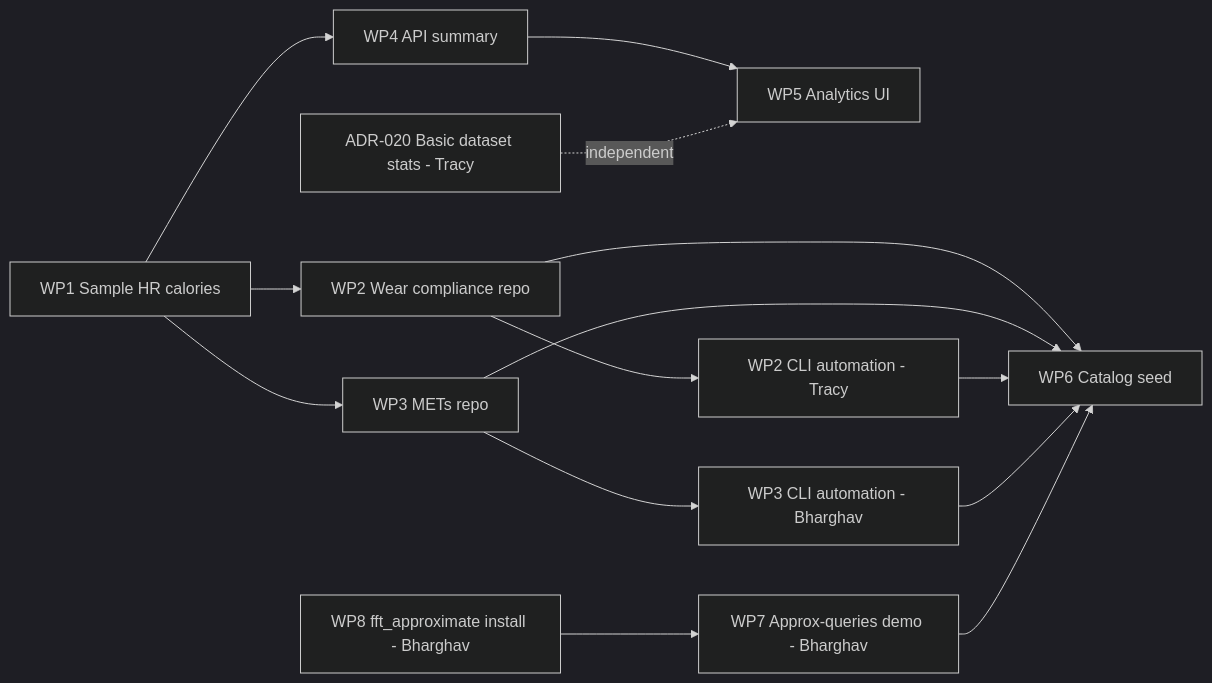
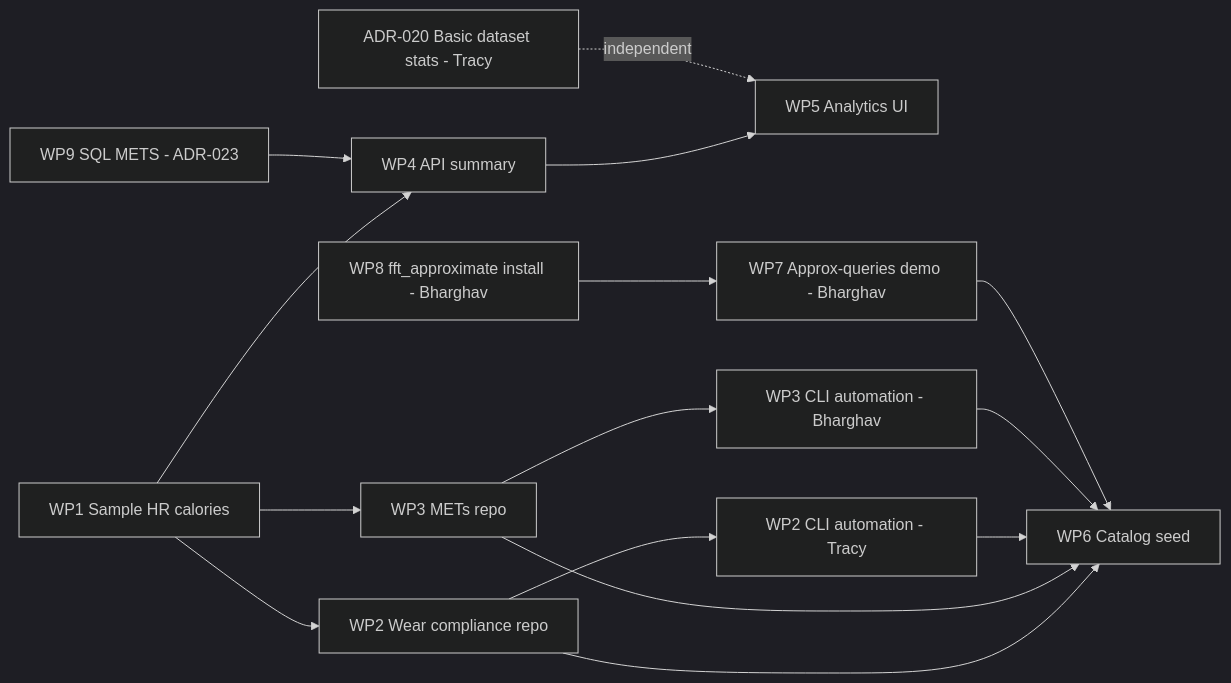
Before and after one commit to USC-InfoLab/w4h-docs: the diagram in dev/analytics-contributions.md, drawn with Mermaid (dark theme). The commit also changed other lines of this file and 22 other files, not shown here.

````diff
--- a/dev/analytics-contributions.md
+++ b/dev/analytics-contributions.md
@@ -218,16 +238,17 @@
 ```mermaid
 flowchart LR
   WP1[WP1 Sample HR calories] --> WP2[WP2 Wear compliance repo]
   WP1 --> WP3[WP3 METs repo]
   WP1 --> WP4[WP4 API summary]
   WP2 --> WP6[WP6 Catalog seed]
   WP3 --> WP6
   WP4 --> WP5[WP5 Analytics UI]
+  WP9[WP9 SQL METS - ADR-023] --> WP4
   WP2 --> WP2c[WP2 CLI automation - Tracy]
   WP3 --> WP3c[WP3 CLI automation - Bharghav]
   WP8[WP8 fft_approximate install - Bharghav] --> WP7[WP7 Approx-queries demo - Bharghav]
   WP2c --> WP6
   WP3c --> WP6
   WP7 --> WP6
   ADR020[ADR-020 Basic dataset stats - Tracy] -.independent.-> WP5
 ```
````
